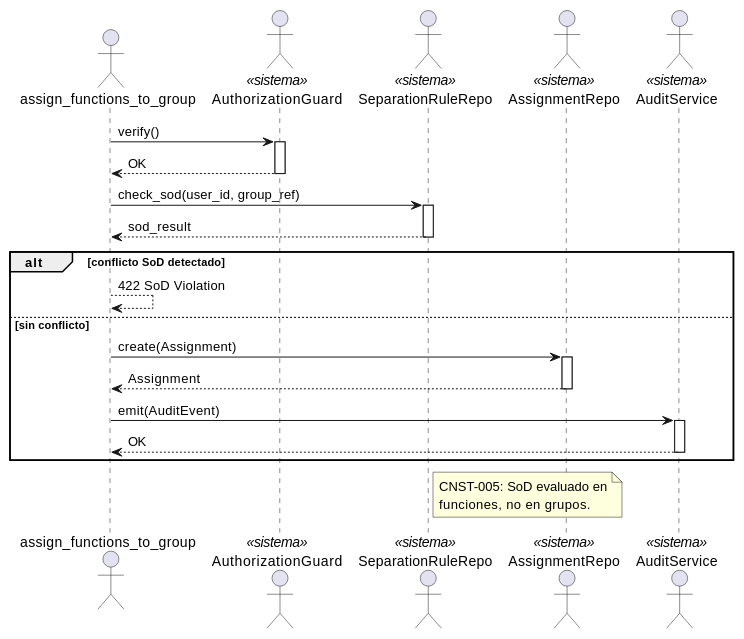
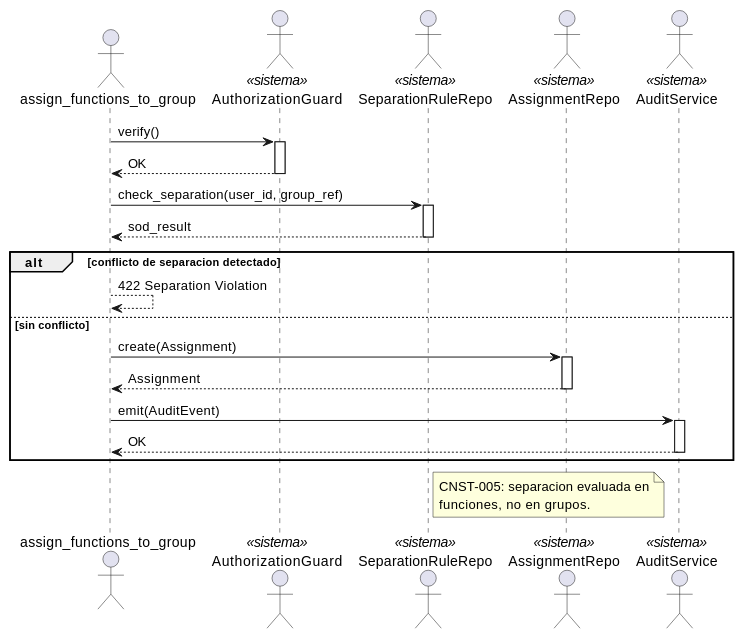
The diagram in source/arquitectura-tecnica/design-view/seq-access.rst (jcg-admin/IACT-docs), drawn with PlantUML before and after one commit. The commit also changed other lines of this file and 32 other files, not shown here.

```diff
--- a/source/arquitectura-tecnica/design-view/seq-access.rst
+++ b/source/arquitectura-tecnica/design-view/seq-access.rst
@@ -27,41 +27,41 @@
 .. uml::
- :caption: MOD_Access — asignacion con verificacion SoD.
+ :caption: MOD_Access — asignacion con verificacion separacion de deberes.
 
  @startuml
 
  actor "assign_functions_to_group" as assign_functions_to_group
  actor "AuthorizationGuard" as AuthorizationGuard <<sistema>>
  actor "SeparationRuleRepo" as SeparationRuleRepo <<sistema>>
  actor "AssignmentRepo" as AssignmentRepo <<sistema>>
  actor "AuditService" as AuditService <<sistema>>
 
  assign_functions_to_group -> AuthorizationGuard : verify()
  activate AuthorizationGuard
  AuthorizationGuard --> assign_functions_to_group : OK
  deactivate AuthorizationGuard
 
- assign_functions_to_group -> SeparationRuleRepo : check_sod(user_id, group_ref)
+ assign_functions_to_group -> SeparationRuleRepo : check_separation(user_id, group_ref)
  activate SeparationRuleRepo
  SeparationRuleRepo --> assign_functions_to_group : sod_result
  deactivate SeparationRuleRepo
 
- alt conflicto SoD detectado
-   assign_functions_to_group --> assign_functions_to_group : 422 SoD Violation
+ alt conflicto de separacion detectado
+   assign_functions_to_group --> assign_functions_to_group : 422 Separation Violation
  else sin conflicto
    assign_functions_to_group -> AssignmentRepo : create(Assignment)
    activate AssignmentRepo
    AssignmentRepo --> assign_functions_to_group : Assignment
    deactivate AssignmentRepo
 
    assign_functions_to_group -> AuditService : emit(AuditEvent)
    activate AuditService
    AuditService --> assign_functions_to_group : OK
    deactivate AuditService
  end
 
  note right of SeparationRuleRepo
-   CNST-005: SoD evaluado en
+   CNST-005: separacion evaluada en
    funciones, no en grupos.
  end note
 
  @enduml
```
